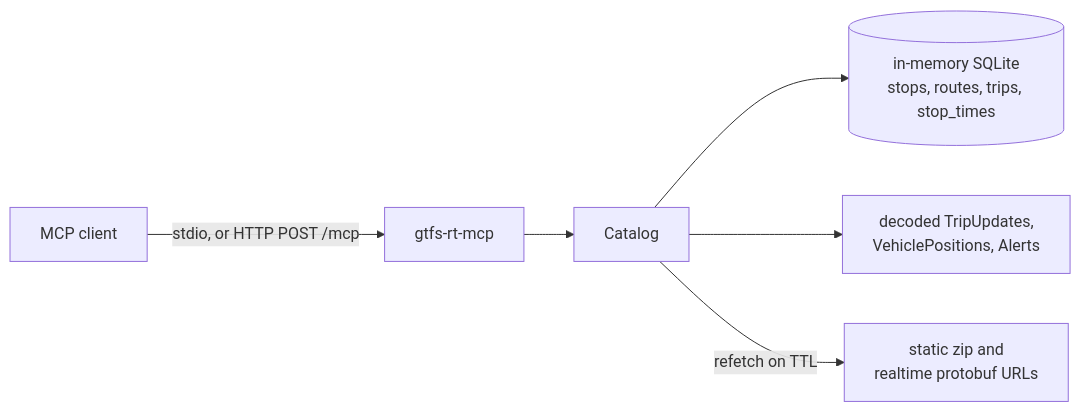
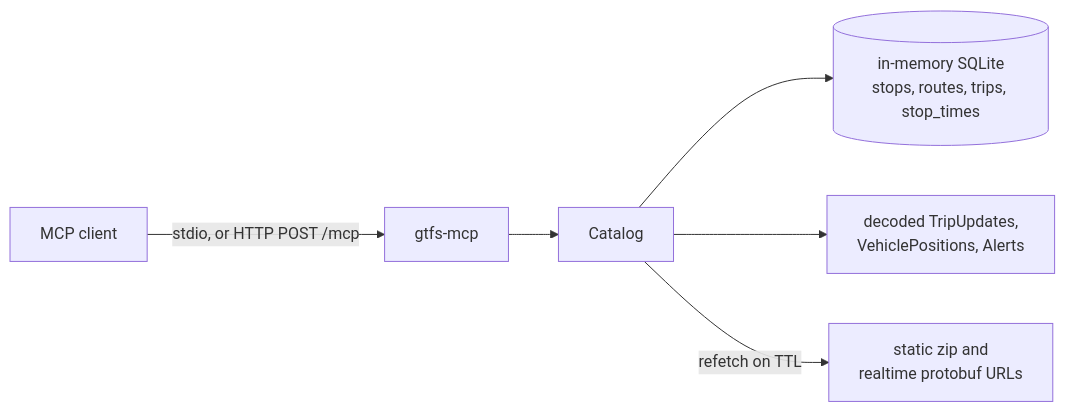
Before and after one commit to sohampatwardhan/gtfs-mcp: the diagram in README.md, drawn with Mermaid. The commit also changed other lines of this file and 31 other files, not shown here.

First line of the commit message:
Rename to gtfs-mcp and add tag-triggered publishing.

````diff
--- a/README.md
+++ b/README.md
@@ -22,8 +119,8 @@
 ```mermaid
 flowchart LR
-  Agent["MCP client"] -->|"stdio, or HTTP POST /mcp"| Server["gtfs-rt-mcp"]
+  Agent["MCP client"] -->|"stdio, or HTTP POST /mcp"| Server["gtfs-mcp"]
   Server --> Catalog["Catalog"]
   Catalog --> Static[("in-memory SQLite<br/>stops, routes, trips, stop_times")]
   Catalog --> Cache["decoded TripUpdates,<br/>VehiclePositions, Alerts"]
   Catalog -->|"refetch on TTL"| Agency["static zip and<br/>realtime protobuf URLs"]
 ```
````
